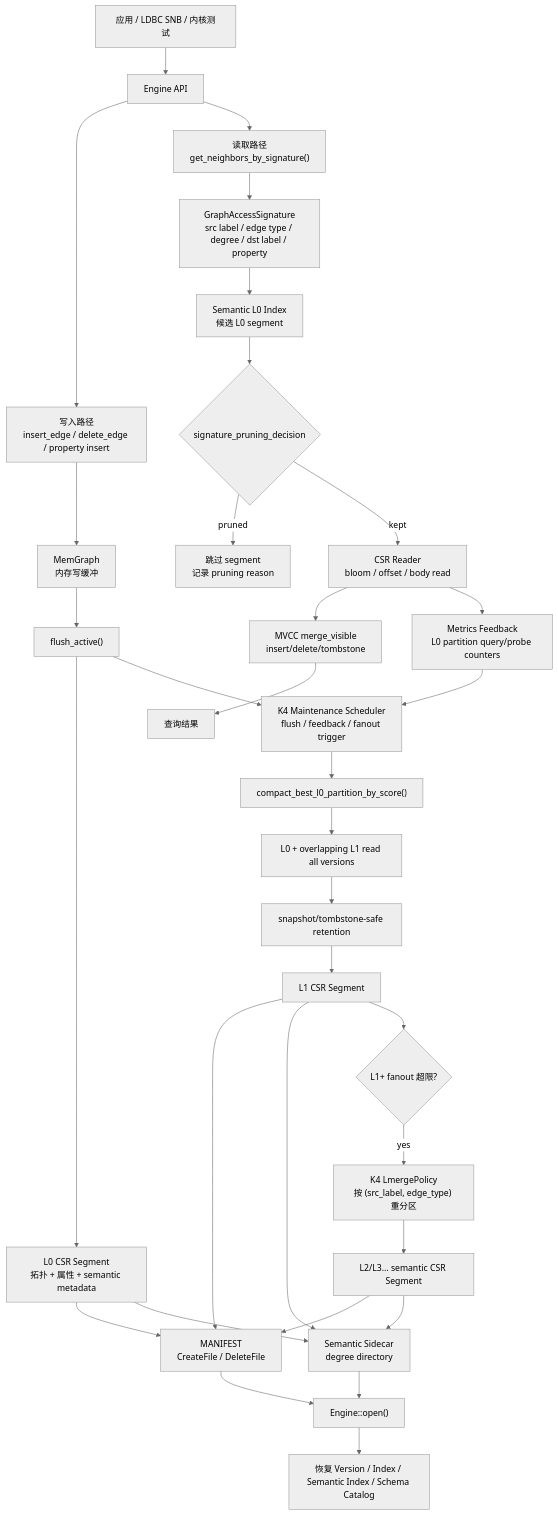
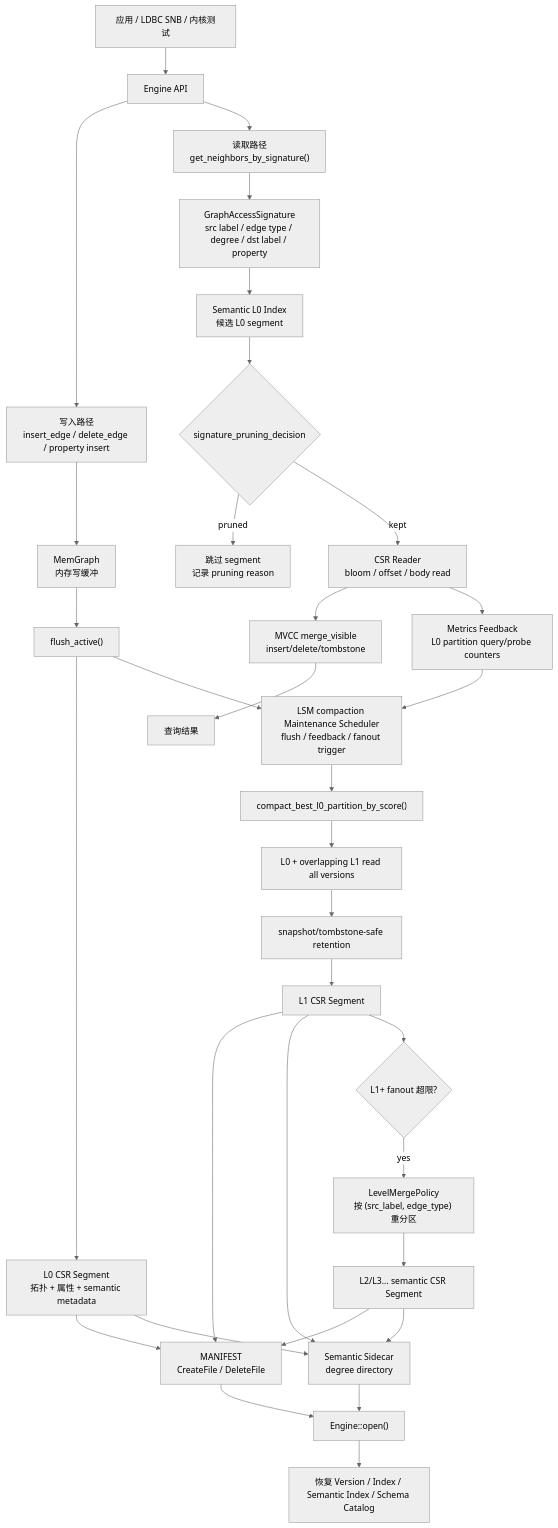
The diagram in LSMGRAPH-ARCHITECTURE.md (WhiteGive-base/lsmgraph-rs), drawn with Mermaid (neutral theme) before and after one commit. The commit also changed other lines of this file and 8 other files, not shown here.

Commit message:
Rename-K4-APIs-to-generic-LSM-maintenance

````diff
--- a/LSMGRAPH-ARCHITECTURE.md
+++ b/LSMGRAPH-ARCHITECTURE.md
@@ -50,39 +50,39 @@
 ```mermaid
 flowchart TD
     A["应用 / LDBC SNB / 内核测试"] --> B["Engine API"]
 
     B --> C["写入路径<br/>insert_edge / delete_edge / property insert"]
     C --> D["MemGraph<br/>内存写缓冲"]
     D --> E["flush_active()"]
     E --> F["L0 CSR Segment<br/>拓扑 + 属性 + semantic metadata"]
     F --> G["MANIFEST<br/>CreateFile / DeleteFile"]
     F --> H["Semantic Sidecar<br/>degree directory"]
 
     B --> I["读取路径<br/>get_neighbors_by_signature()"]
     I --> J["GraphAccessSignature<br/>src label / edge type / degree / dst label / property"]
     J --> K["Semantic L0 Index<br/>候选 L0 segment"]
     K --> L{"signature_pruning_decision"}
     L -->|pruned| M["跳过 segment<br/>记录 pruning reason"]
     L -->|kept| N["CSR Reader<br/>bloom / offset / body read"]
     N --> O["MVCC merge_visible<br/>insert/delete/tombstone"]
     O --> P["查询结果"]
 
     N --> Q["Metrics Feedback<br/>L0 partition query/probe counters"]
-    E --> AA["K4 Maintenance Scheduler<br/>flush / feedback / fanout trigger"]
+    E --> AA["LSM compaction Maintenance Scheduler<br/>flush / feedback / fanout trigger"]
     Q --> AA
     AA --> R["compact_best_l0_partition_by_score()"]
     R --> S["L0 + overlapping L1 read all versions"]
     S --> T["snapshot/tombstone-safe retention"]
     T --> U["L1 CSR Segment"]
     U --> G
     U --> H
     U --> X{"L1+ fanout 超限?"}
-    X -->|yes| Y["K4 LmergePolicy<br/>按 (src_label, edge_type) 重分区"]
+    X -->|yes| Y["LevelMergePolicy<br/>按 (src_label, edge_type) 重分区"]
     Y --> Z["L2/L3... semantic CSR Segment"]
     Z --> G
     Z --> H
 
     G --> V["Engine::open()"]
     H --> V
     V --> W["恢复 Version / Index / Semantic Index / Schema Catalog"]
 ```
````
